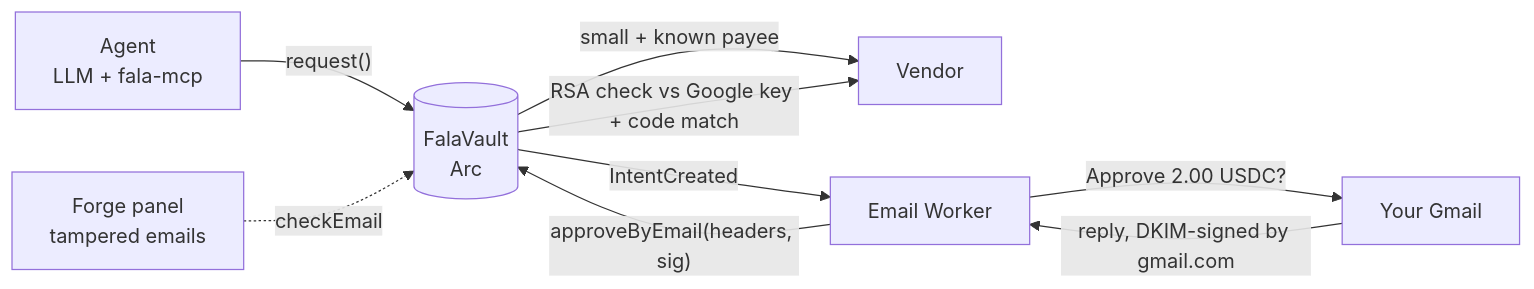
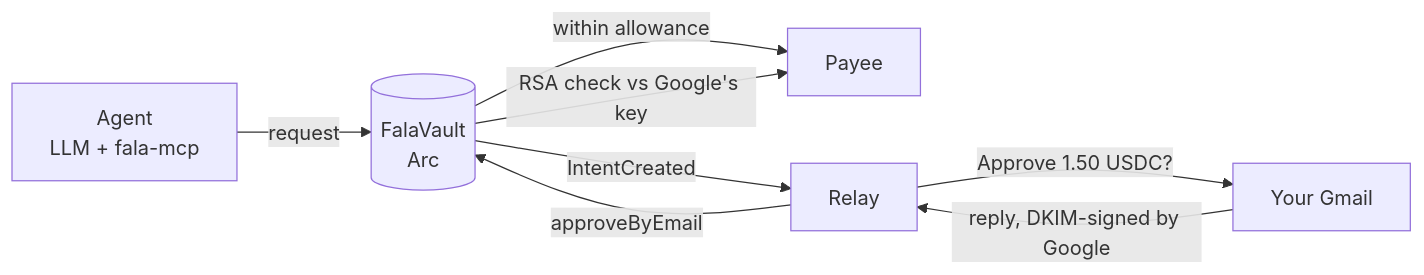
The diagram in README.md (Khalid-000-ME/fala), drawn with Mermaid before and after one commit. The commit also changed other lines of this file and 1 other file, not shown here.

First line of the commit message:
Deploy FalaVault to Arc mainnet

````diff
--- a/README.md
+++ b/README.md
@@ -21,11 +62,10 @@
 ```mermaid
 flowchart LR
-  A[Agent<br/>LLM + fala-mcp] -- request() --> V[(FalaVault<br/>Arc)]
-  V -- small + known payee --> P[Vendor]
-  V -- IntentCreated --> W[Email Worker]
-  W -- "Approve 2.00 USDC?" --> G[Your Gmail]
-  G -- reply, DKIM-signed by gmail.com --> W
-  W -- approveByEmail(headers, sig) --> V
-  V -- RSA check vs Google key + code match --> P
-  F[Forge panel<br/>tampered emails] -. checkEmail .-> V
+  A[Agent<br/>LLM + fala-mcp] -- request --> V[(FalaVault<br/>Arc)]
+  V -- within allowance --> P[Payee]
+  V -- IntentCreated --> W[Relay]
+  W -- "Approve 1.50 USDC?" --> G[Your Gmail]
+  G -- reply, DKIM-signed by Google --> W
+  W -- approveByEmail --> V
+  V -- RSA check vs Google's key --> P
 ```
````
